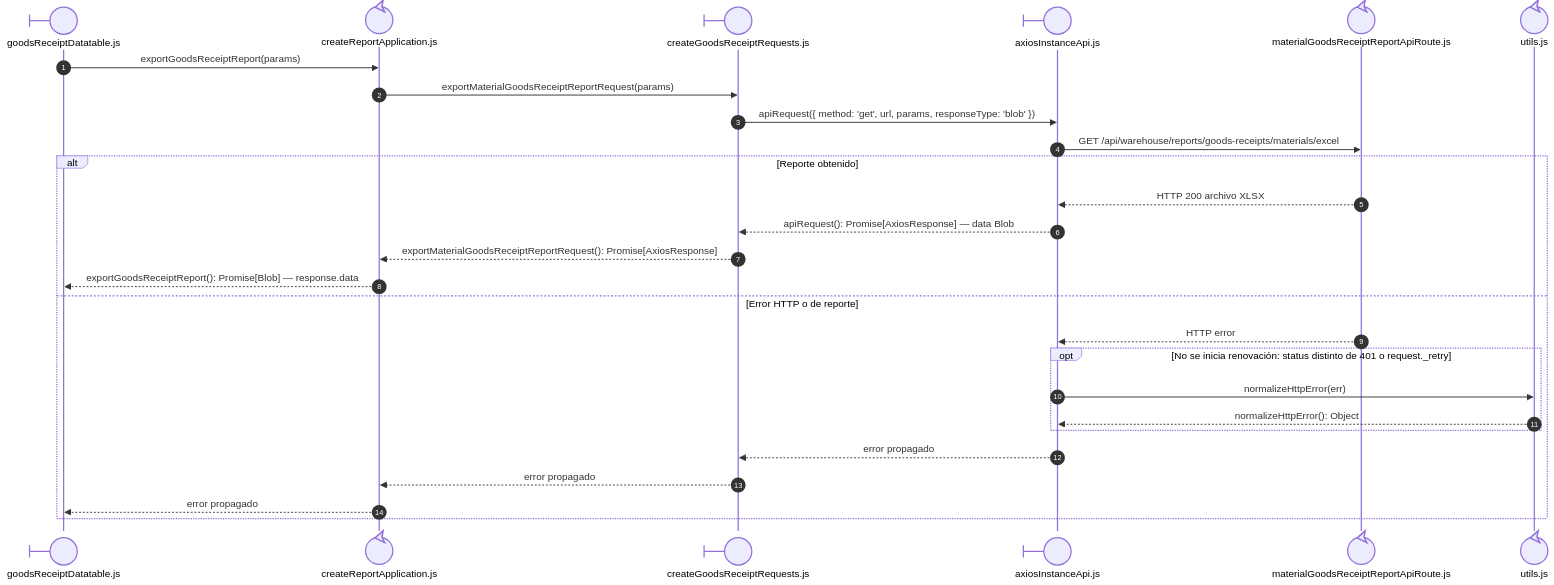
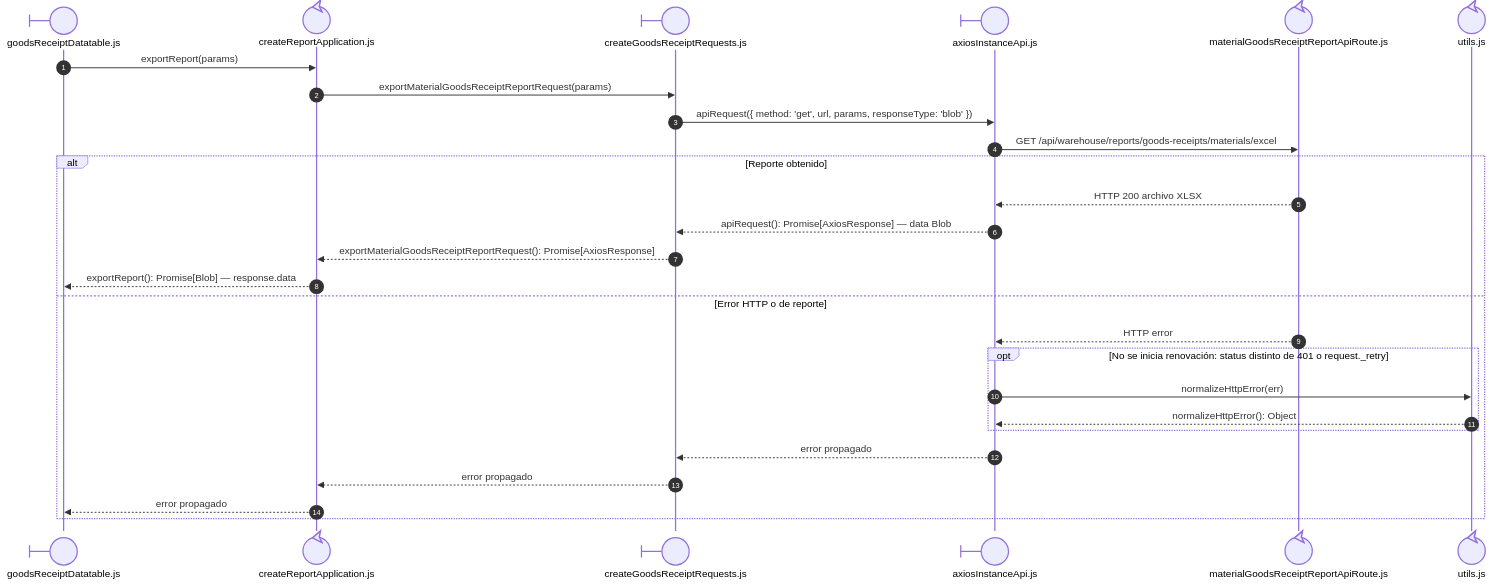
One commit to gpgsistemas01/nexus changed the third of 4 diagrams in docs/architecture/views/processes/frontend-code-sequences/purchases/cu-ent-06.md. Above: the diagram before and after it, drawn with Mermaid. The commit also changed other lines of this file and 200 other files, not shown here.

````diff
--- a/docs/architecture/views/processes/frontend-code-sequences/purchases/cu-ent-06.md
+++ b/docs/architecture/views/processes/frontend-code-sequences/purchases/cu-ent-06.md
@@ -147,30 +145,30 @@
 ```mermaid
 sequenceDiagram
     autonumber
     participant View@{ "type": "boundary" } as goodsReceiptDatatable.js
     participant Application@{ "type": "control" } as createReportApplication.js
     participant Request@{ "type": "boundary" } as createGoodsReceiptRequests.js
     participant HTTP@{ "type": "boundary" } as axiosInstanceApi.js
     participant Transport@{ "type": "control" } as materialGoodsReceiptReportApiRoute.js
     participant FileUtils@{ "type": "control" } as utils.js
 
-    View->>Application: exportGoodsReceiptReport(params)
+    View->>Application: exportReport(params)
     Application->>Request: exportMaterialGoodsReceiptReportRequest(params)
     Request->>HTTP: apiRequest({ method: 'get', url, params, responseType: 'blob' })
     HTTP->>Transport: GET /api/warehouse/reports/goods-receipts/materials/excel
     alt Reporte obtenido
         Transport-->>HTTP: HTTP 200 archivo XLSX
         HTTP-->>Request: apiRequest(): Promise[AxiosResponse] — data Blob
         Request-->>Application: exportMaterialGoodsReceiptReportRequest(): Promise[AxiosResponse]
-        Application-->>View: exportGoodsReceiptReport(): Promise[Blob] — response.data
+        Application-->>View: exportReport(): Promise[Blob] — response.data
     else Error HTTP o de reporte
         Transport-->>HTTP: HTTP error
         opt No se inicia renovación: status distinto de 401 o request._retry
             HTTP->>FileUtils: normalizeHttpError(err)
             FileUtils-->>HTTP: normalizeHttpError(): Object
         end
         HTTP-->>Request: error propagado
         Request-->>Application: error propagado
         Application-->>View: error propagado
     end
 ```
````
